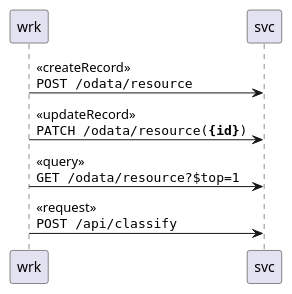
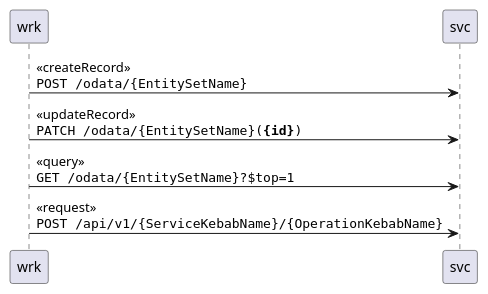
Before and after one commit to cilerler/lillian: the eighth of 10 diagrams in plugins/ai-toolkit/skills/plantuml-sequence-diagram-generator/SKILL.md, drawn with PlantUML. The commit also changed other lines of this file and 33 other files, not shown here.

````diff
--- a/plugins/ai-toolkit/skills/plantuml-sequence-diagram-generator/SKILL.md
+++ b/plugins/ai-toolkit/skills/plantuml-sequence-diagram-generator/SKILL.md
@@ -179,9 +181,9 @@
 ```plantuml
-' OData (primary)
-wrk -> svc: <<createRecord>> \n""POST /odata/resource""
-wrk -> svc: <<updateRecord>> \n""PATCH /odata/resource(**{id}**)""
-wrk -> svc: <<query>> \n""GET /odata/resource?$top=1""
+' UI query/data example — use when OData is the selected adapter/protocol
+wrk -> svc: <<createRecord>> \n""POST /odata/{EntitySetName}""
+wrk -> svc: <<updateRecord>> \n""PATCH /odata/{EntitySetName}(**{id}**)""
+wrk -> svc: <<query>> \n""GET /odata/{EntitySetName}?$top=1""
 
-' REST
-wrk -> svc: <<request>> \n""POST /api/classify""
+' Cross-deployment machine API example — use when Minimal API is the selected adapter
+wrk -> svc: <<request>> \n""POST /api/v1/{ServiceKebabName}/{OperationKebabName}""
 ```
````
